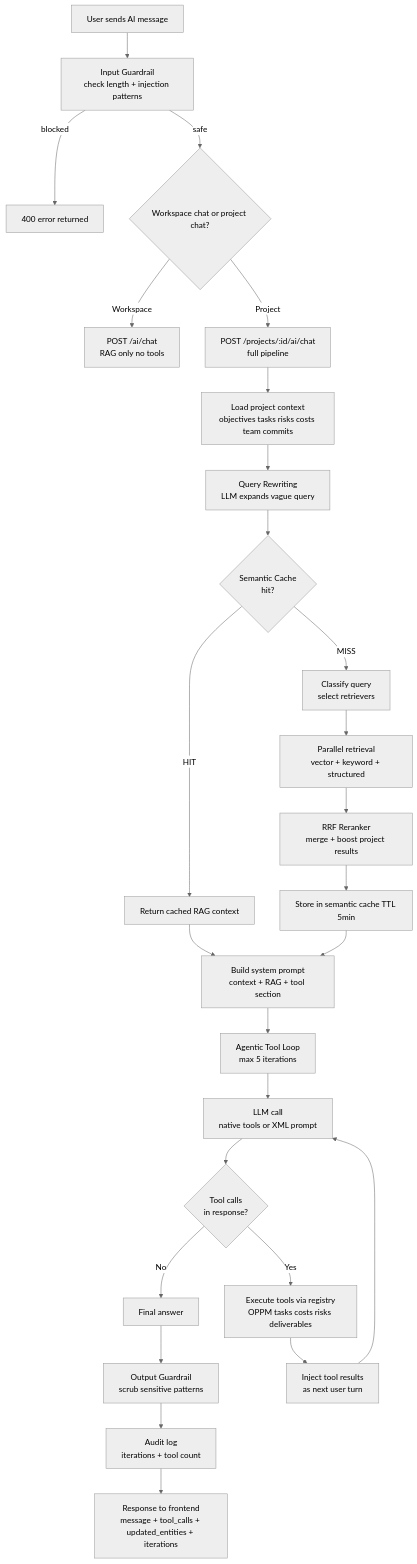
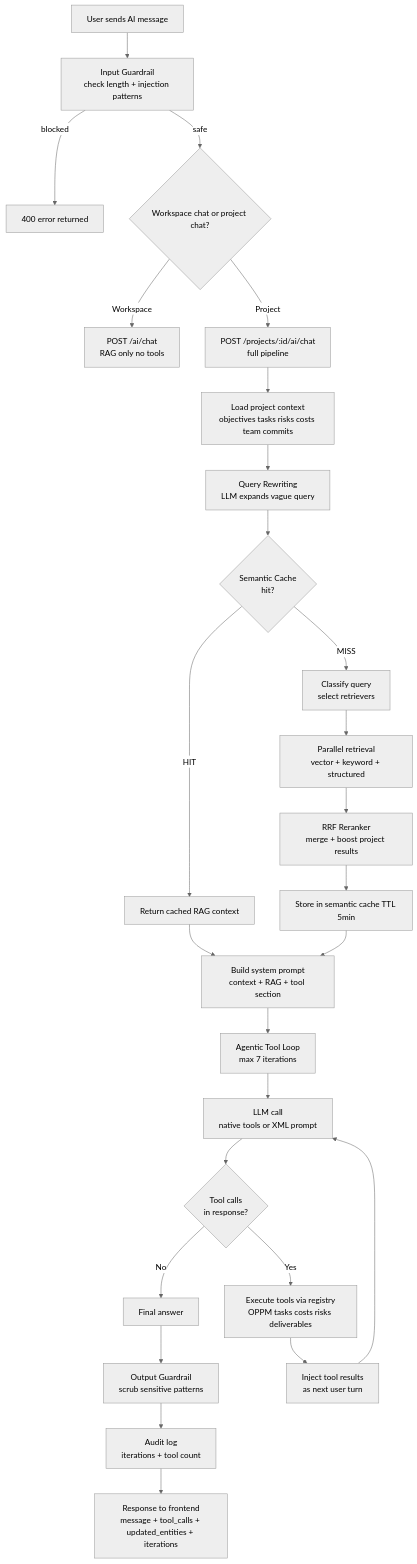
Before and after one commit to cvrvai/OPPM-AI-work-management-system: the sixth of 14 diagrams in docs/FLOWCHARTS.md, drawn with Mermaid (neutral theme). The commit also changed other lines of this file and 47 other files, not shown here.

````diff
--- a/docs/FLOWCHARTS.md
+++ b/docs/FLOWCHARTS.md
@@ -101,31 +101,31 @@
 ```mermaid
 flowchart TD
     A[User sends AI message] --> B[Input Guardrail\ncheck length + injection patterns]
     B -- blocked --> BX[400 error returned]
     B -- safe --> C{Workspace chat or project chat?}
     C -- Workspace --> D[POST /ai/chat\nRAG only no tools]
     C -- Project --> E[POST /projects/:id/ai/chat\nfull pipeline]
 
     E --> F[Load project context\nobjectives tasks risks costs team commits]
     F --> G[Query Rewriting\nLLM expands vague query]
     G --> H{Semantic Cache\nhit?}
     H -- HIT --> I[Return cached RAG context]
     H -- MISS --> J[Classify query\nselect retrievers]
     J --> K[Parallel retrieval\nvector + keyword + structured]
     K --> L[RRF Reranker\nmerge + boost project results]
     L --> M[Store in semantic cache TTL 5min]
     M --> N[Build system prompt\ncontext + RAG + tool section]
     I --> N
 
-    N --> O[Agentic Tool Loop\nmax 5 iterations]
+    N --> O[Agentic Tool Loop\nmax 7 iterations]
     O --> P[LLM call\nnative tools or XML prompt]
     P --> Q{Tool calls\nin response?}
     Q -- No --> R[Final answer]
     Q -- Yes --> S[Execute tools via registry\nOPPM tasks costs risks deliverables]
     S --> T[Inject tool results\nas next user turn]
     T --> P
 
     R --> U[Output Guardrail\nscrub sensitive patterns]
     U --> V[Audit log\niterations + tool count]
     V --> W[Response to frontend\nmessage + tool_calls + updated_entities + iterations]
 ```
````
